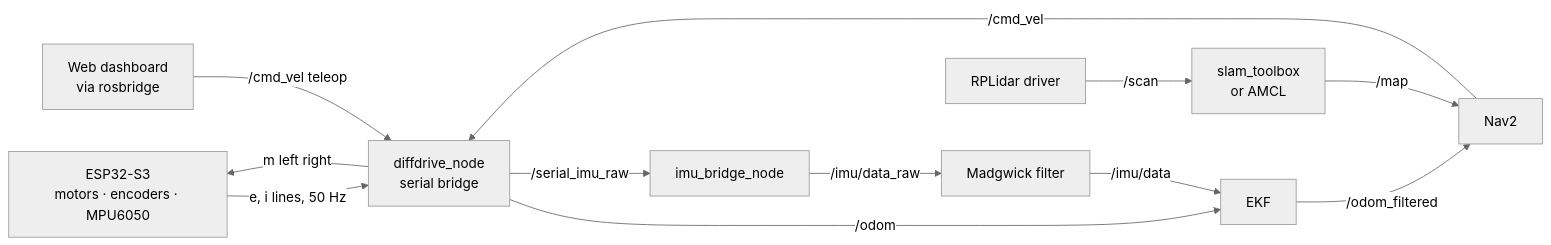
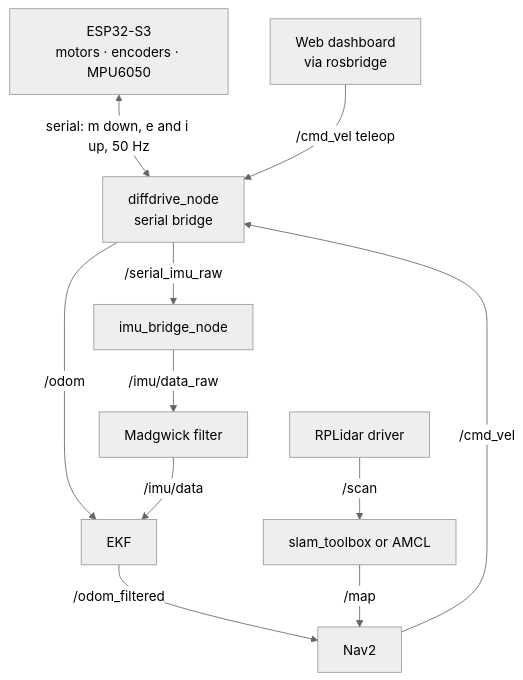
Before and after one commit to jakhon37/autoJetsonBot: the second of 2 diagrams in README.md, drawn with Mermaid (neutral theme). The commit also changed other lines of this file, not shown here.

Commit message:
Make the README diagrams render fully and legibly on GitHub.

````diff
--- a/README.md
+++ b/README.md
@@ -87,23 +83,22 @@
 ```mermaid
-flowchart LR
+flowchart TB
     esp["ESP32-S3<br/>motors · encoders · MPU6050"]
+    lidar["RPLidar driver"]
     bridge["diffdrive_node<br/>serial bridge"]
     imub["imu_bridge_node"]
     madg["Madgwick filter"]
     ekf["EKF"]
-    lidar["RPLidar driver"]
-    slam["slam_toolbox<br/>or AMCL"]
+    slam["slam_toolbox or AMCL"]
     nav["Nav2"]
     web["Web dashboard<br/>via rosbridge"]
-    esp -->|"e, i lines, 50 Hz"| bridge
-    bridge -->|"/odom"| ekf
+    esp <-->|"serial: m down, e and i up, 50 Hz"| bridge
     bridge -->|"/serial_imu_raw"| imub
     imub -->|"/imu/data_raw"| madg
+    bridge -->|"/odom"| ekf
     madg -->|"/imu/data"| ekf
+    lidar -->|"/scan"| slam
     ekf -->|"/odom_filtered"| nav
-    lidar -->|"/scan"| slam
     slam -->|"/map"| nav
     nav -->|"/cmd_vel"| bridge
     web -->|"/cmd_vel teleop"| bridge
-    bridge -->|"m left right"| esp
 ```
````
